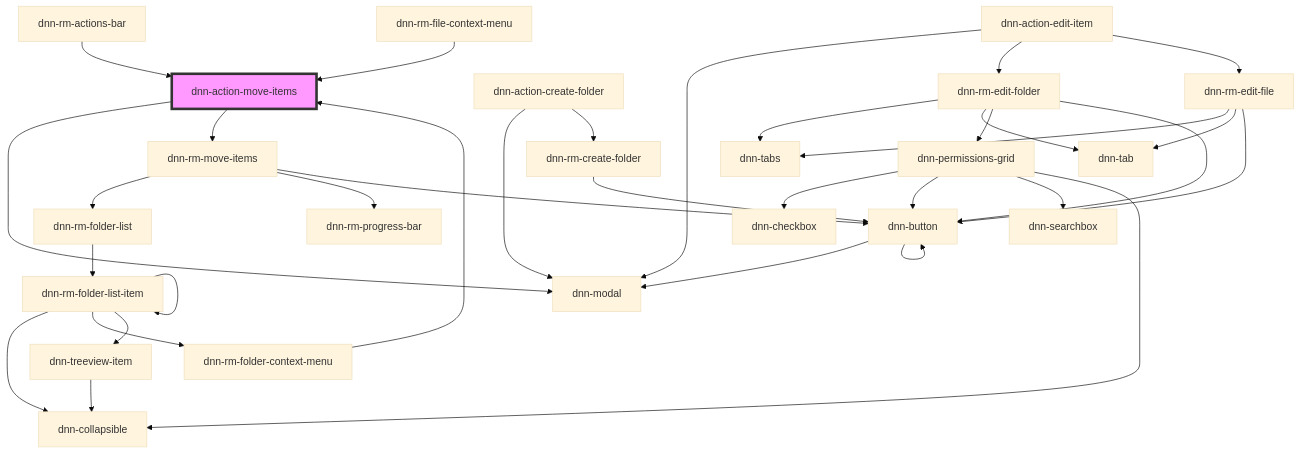
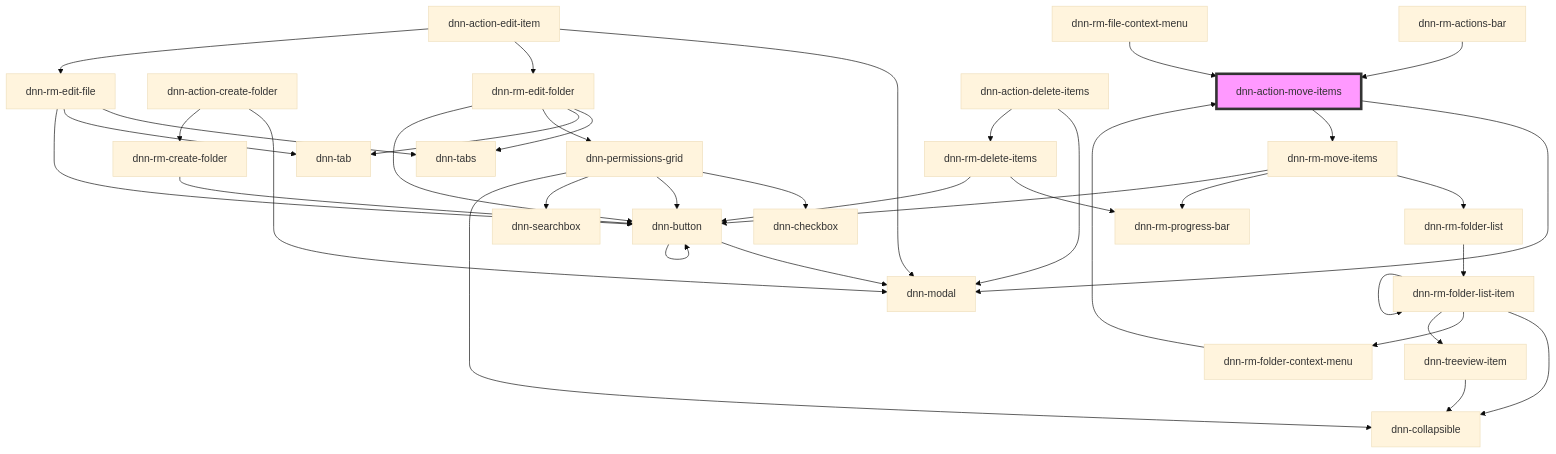
Before and after one commit to dnnsoftware/Dnn.Platform: the diagram in DNN Platform/Modules/ResourceManager/ResourceManager.Web/src/components/actions/dnn-action-move-items/readme.md, drawn with Mermaid (base theme). The commit also changed other lines of this file and 23 other files, not shown here.

````diff
--- a/DNN Platform/Modules/ResourceManager/ResourceManager.Web/src/components/actions/dnn-action-move-items/readme.md
+++ b/DNN Platform/Modules/ResourceManager/ResourceManager.Web/src/components/actions/dnn-action-move-items/readme.md
@@ -29,37 +29,41 @@
 ```mermaid
 graph TD;
   dnn-action-move-items --> dnn-modal
   dnn-action-move-items --> dnn-rm-move-items
   dnn-rm-move-items --> dnn-rm-folder-list
   dnn-rm-move-items --> dnn-rm-progress-bar
   dnn-rm-move-items --> dnn-button
   dnn-rm-folder-list --> dnn-rm-folder-list-item
   dnn-rm-folder-list-item --> dnn-collapsible
   dnn-rm-folder-list-item --> dnn-rm-folder-context-menu
   dnn-rm-folder-list-item --> dnn-treeview-item
   dnn-rm-folder-list-item --> dnn-rm-folder-list-item
   dnn-rm-folder-context-menu --> dnn-action-move-items
   dnn-action-create-folder --> dnn-modal
   dnn-action-create-folder --> dnn-rm-create-folder
   dnn-rm-create-folder --> dnn-button
   dnn-button --> dnn-modal
   dnn-button --> dnn-button
   dnn-action-edit-item --> dnn-modal
   dnn-action-edit-item --> dnn-rm-edit-folder
   dnn-action-edit-item --> dnn-rm-edit-file
   dnn-rm-edit-folder --> dnn-tabs
   dnn-rm-edit-folder --> dnn-tab
   dnn-rm-edit-folder --> dnn-permissions-grid
   dnn-rm-edit-folder --> dnn-button
   dnn-permissions-grid --> dnn-checkbox
   dnn-permissions-grid --> dnn-button
   dnn-permissions-grid --> dnn-searchbox
   dnn-permissions-grid --> dnn-collapsible
   dnn-rm-edit-file --> dnn-tabs
   dnn-rm-edit-file --> dnn-tab
   dnn-rm-edit-file --> dnn-button
+  dnn-action-delete-items --> dnn-modal
+  dnn-action-delete-items --> dnn-rm-delete-items
+  dnn-rm-delete-items --> dnn-rm-progress-bar
+  dnn-rm-delete-items --> dnn-button
   dnn-treeview-item --> dnn-collapsible
   dnn-rm-actions-bar --> dnn-action-move-items
   dnn-rm-file-context-menu --> dnn-action-move-items
   style dnn-action-move-items fill:#f9f,stroke:#333,stroke-width:4px
 ```
````
